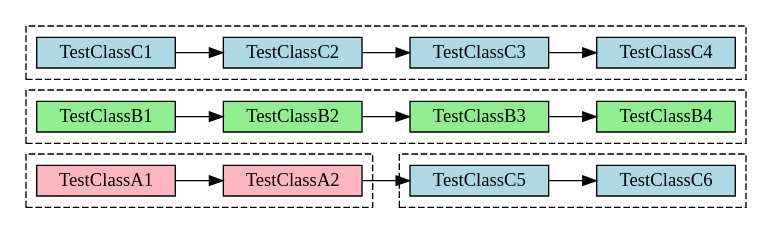
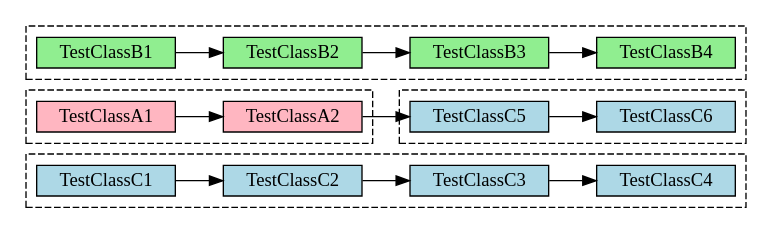
Before and after one commit to com-lihaoyi/mill: the fifth of 5 diagrams in website/blog/modules/ROOT/pages/11-jvm-test-parallelism.adoc, drawn with Graphviz. The commit also changed other lines of this file, not shown here.

````diff
--- a/website/blog/modules/ROOT/pages/11-jvm-test-parallelism.adoc
+++ b/website/blog/modules/ROOT/pages/11-jvm-test-parallelism.adoc
@@ -398,41 +404,42 @@
 ```graphviz
 digraph G {
   rankdir=LR
   node [shape=box width=0 height=0]
 
 
   style="dashed"
-  subgraph cluster_a1 {
-    TestClassA1 [style=filled fillcolor=lightpink]
-    TestClassA2 [style=filled fillcolor=lightpink]
-
-  }
-
-  subgraph cluster_b1 {
-    TestClassB1 [style=filled fillcolor=lightgreen]
-    TestClassB2 [style=filled fillcolor=lightgreen]
-    TestClassB3 [style=filled fillcolor=lightgreen]
-    TestClassB4 [style=filled fillcolor=lightgreen]
-
-  }
-
   subgraph cluster_c1 {
     TestClassC1 [style=filled fillcolor=lightblue]
     TestClassC2 [style=filled fillcolor=lightblue]
     TestClassC3 [style=filled fillcolor=lightblue]
     TestClassC4 [style=filled fillcolor=lightblue]
 
   }
   subgraph cluster_c5 {
     TestClassC5 [style=filled fillcolor=lightblue]
     TestClassC6 [style=filled fillcolor=lightblue]
   }
+  subgraph cluster_b1 {
+    TestClassB1 [style=filled fillcolor=lightgreen]
+    TestClassB2 [style=filled fillcolor=lightgreen]
+    TestClassB3 [style=filled fillcolor=lightgreen]
+    TestClassB4 [style=filled fillcolor=lightgreen]
 
+  }
+
+
+
+
+  subgraph cluster_a1 {
+    TestClassA1 [style=filled fillcolor=lightpink]
+    TestClassA2 [style=filled fillcolor=lightpink]
+
+  }
 
 
   TestClassA1 -> TestClassA2 -> TestClassC5 -> TestClassC6
   TestClassB1 -> TestClassB2 -> TestClassB3 -> TestClassB4
 
   TestClassC1 -> TestClassC2 -> TestClassC3 -> TestClassC4
 }
 ```
````
